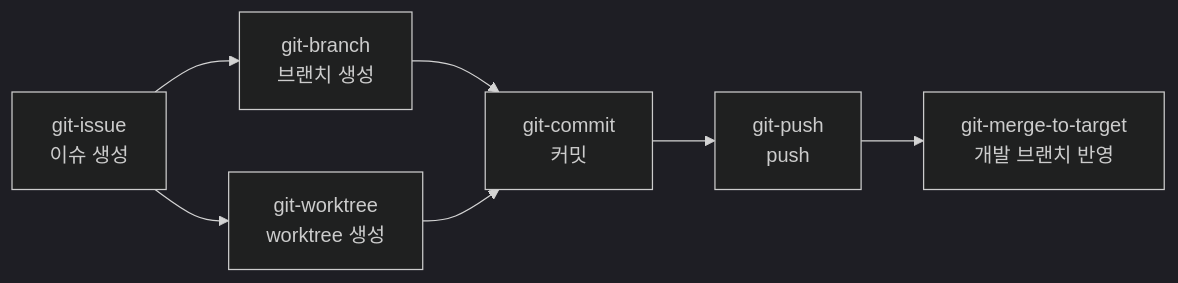
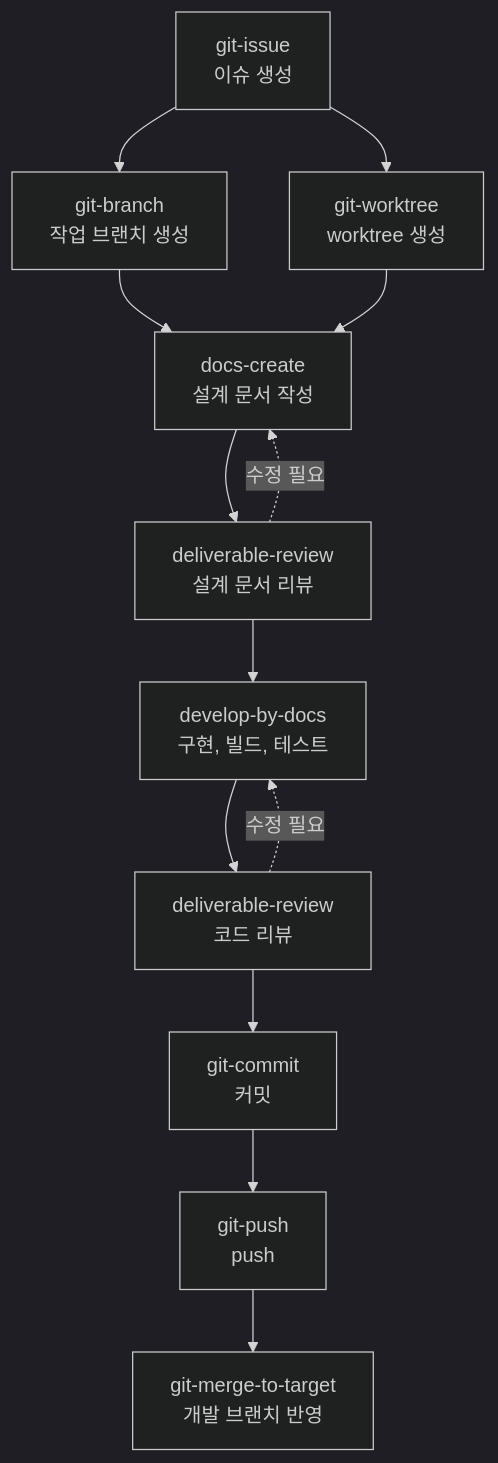
One commit to lgm1007/ai-agent-toolkit changed the diagram in README.md. Above: the diagram before and after it, drawn with Mermaid (dark theme). The commit also changed other lines of this file, not shown here.

````diff
--- a/README.md
+++ b/README.md
@@ -37,9 +51,15 @@
 ```mermaid
-flowchart LR
-    issue["git-issue<br/>이슈 생성"] --> branch["git-branch<br/>브랜치 생성"]
+flowchart TD
+    issue["git-issue<br/>이슈 생성"] --> branch["git-branch<br/>작업 브랜치 생성"]
     issue --> worktree["git-worktree<br/>worktree 생성"]
-    branch --> commit["git-commit<br/>커밋"]
-    worktree --> commit
+    branch --> design["docs-create<br/>설계 문서 작성"]
+    worktree --> design
+    design --> designReview["deliverable-review<br/>설계 문서 리뷰"]
+    designReview -. 수정 필요 .-> design
+    designReview --> develop["develop-by-docs<br/>구현, 빌드, 테스트"]
+    develop --> codeReview["deliverable-review<br/>코드 리뷰"]
+    codeReview -. 수정 필요 .-> develop
+    codeReview --> commit["git-commit<br/>커밋"]
     commit --> push["git-push<br/>push"]
     push --> merge["git-merge-to-target<br/>개발 브랜치 반영"]
 ```
````
